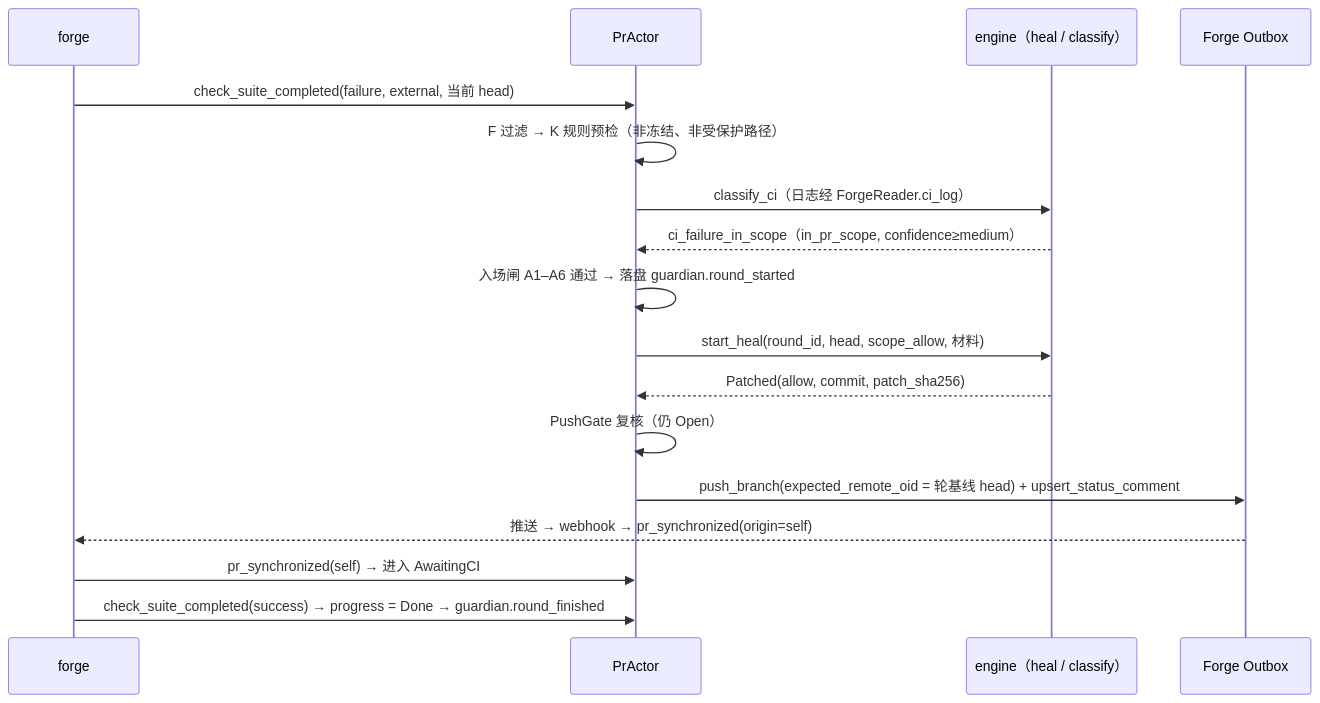
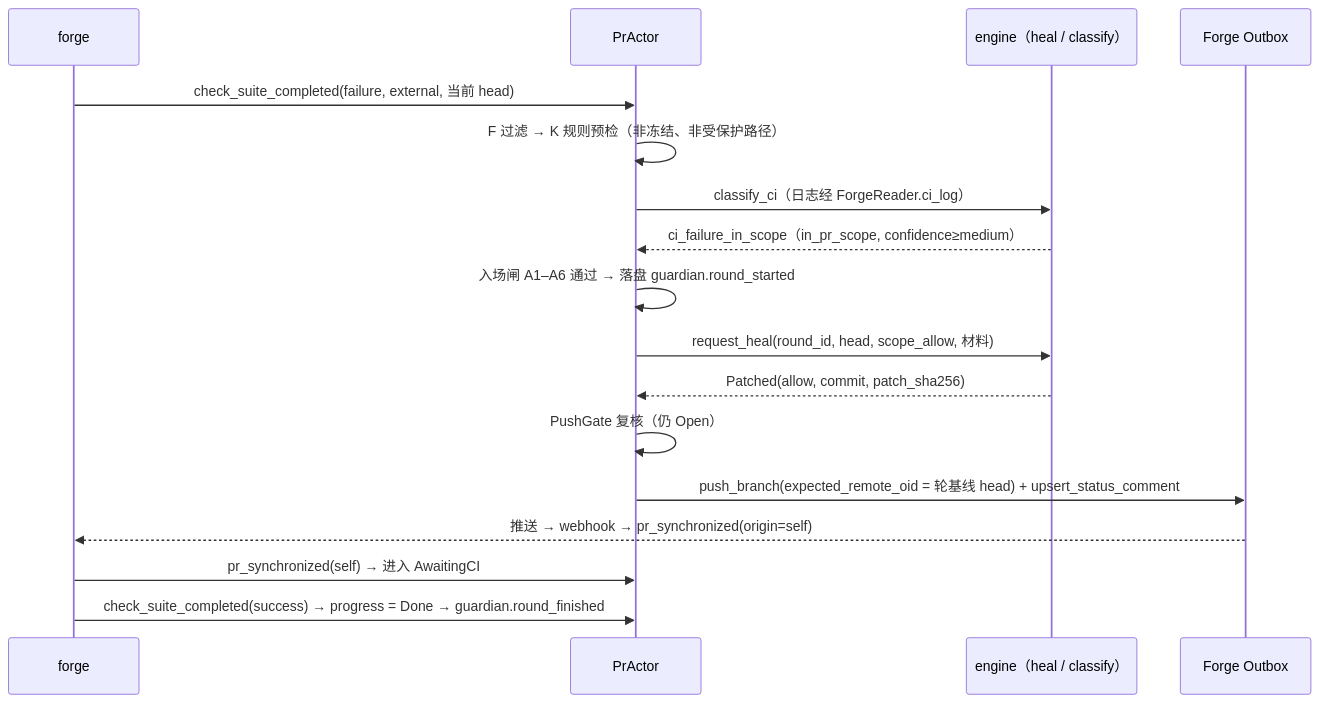
Before and after one commit to LeXwDeX/Gantry: the second of 3 diagrams in docs/modules/guardian.md, drawn with Mermaid. The commit also changed other lines of this file and 4 other files, not shown here.

````diff
--- a/docs/modules/guardian.md
+++ b/docs/modules/guardian.md
@@ -212,19 +218,19 @@
 ```mermaid
 sequenceDiagram
   participant FO as forge
   participant G as PrActor
   participant E as engine（heal / classify）
   participant OB as Forge Outbox
   FO->>G: check_suite_completed(failure, external, 当前 head)
   G->>G: F 过滤 → K 规则预检（非冻结、非受保护路径）
   G->>E: classify_ci（日志经 ForgeReader.ci_log）
   E-->>G: ci_failure_in_scope（in_pr_scope, confidence≥medium）
   G->>G: 入场闸 A1–A6 通过 → 落盘 guardian.round_started
-  G->>E: start_heal(round_id, head, scope_allow, 材料)
+  G->>E: request_heal(round_id, head, scope_allow, 材料)
   E-->>G: Patched(allow, commit, patch_sha256)
   G->>G: PushGate 复核（仍 Open）
   G->>OB: push_branch(expected_remote_oid = 轮基线 head) + upsert_status_comment
   OB-->>FO: 推送 → webhook → pr_synchronized(origin=self)
   FO->>G: pr_synchronized(self) → 进入 AwaitingCI
   FO->>G: check_suite_completed(success) → progress = Done → guardian.round_finished
 ```
````
